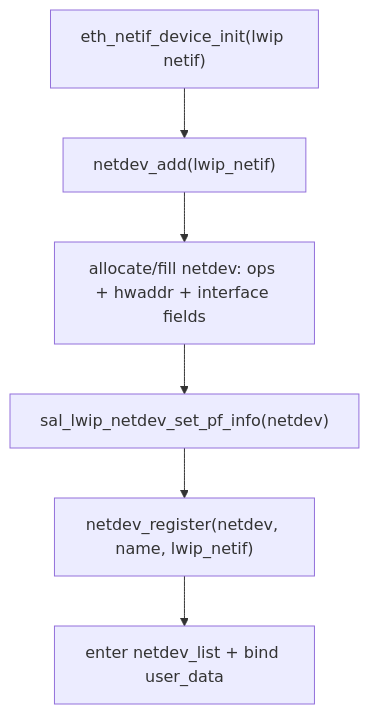
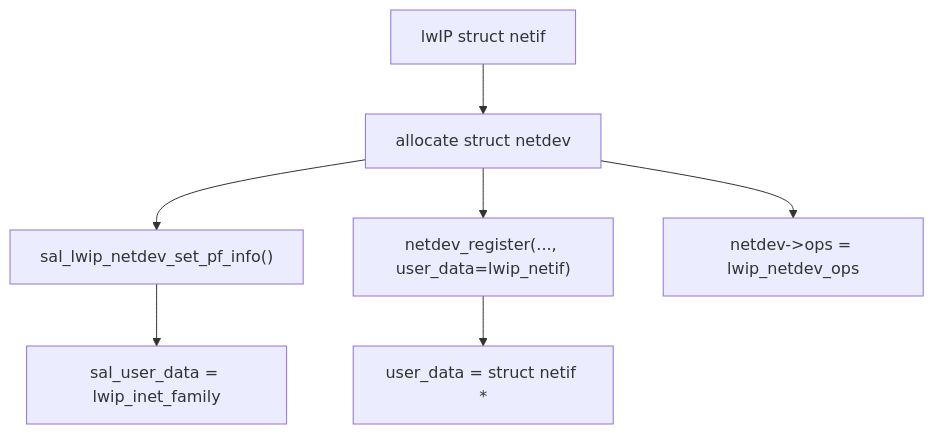
One commit to wdfk-prog/lwIP-Source-Lab changed the first of 5 diagrams in docs/41-rtthread-netdev-multi-backend.md. Above: the diagram before and after it, drawn with Mermaid. The commit also changed other lines of this file and 49 other files, not shown here.

````diff
--- a/docs/41-rtthread-netdev-multi-backend.md
+++ b/docs/41-rtthread-netdev-multi-backend.md
@@ -19,8 +67,9 @@
 ```mermaid
 flowchart TD
-    A["eth_netif_device_init(lwip netif)"] --> B["netdev_add(lwip_netif)"]
-    B --> C["allocate/fill netdev: ops + hwaddr + interface fields"]
-    C --> D["sal_lwip_netdev_set_pf_info(netdev)"]
-    D --> E["netdev_register(netdev, name, lwip_netif)"]
-    E --> F["enter netdev_list + bind user_data"]
+    A["lwIP struct netif"] --> B["allocate struct netdev"]
+    B --> C["sal_lwip_netdev_set_pf_info()"]
+    C --> D["sal_user_data = lwip_inet_family"]
+    B --> E["netdev_register(..., user_data=lwip_netif)"]
+    E --> F["user_data = struct netif *"]
+    B --> G["netdev->ops = lwip_netdev_ops"]
 ```
````
